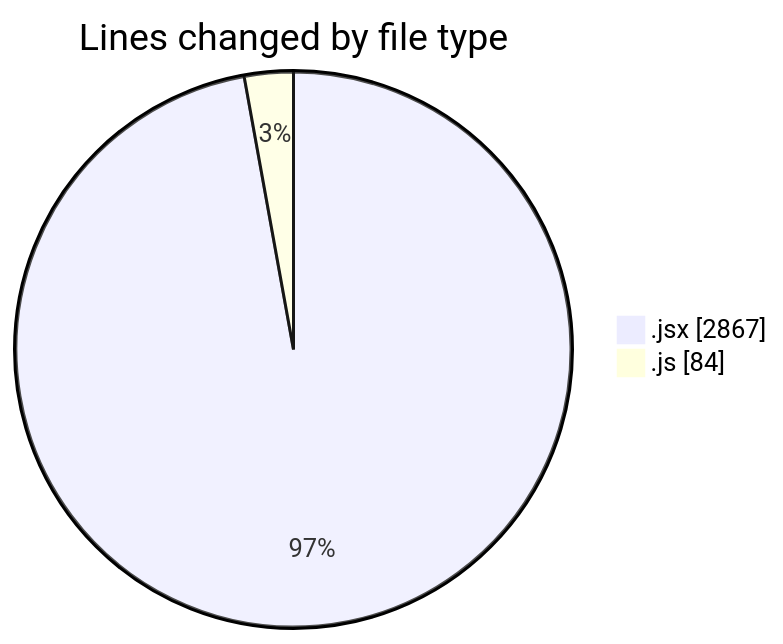
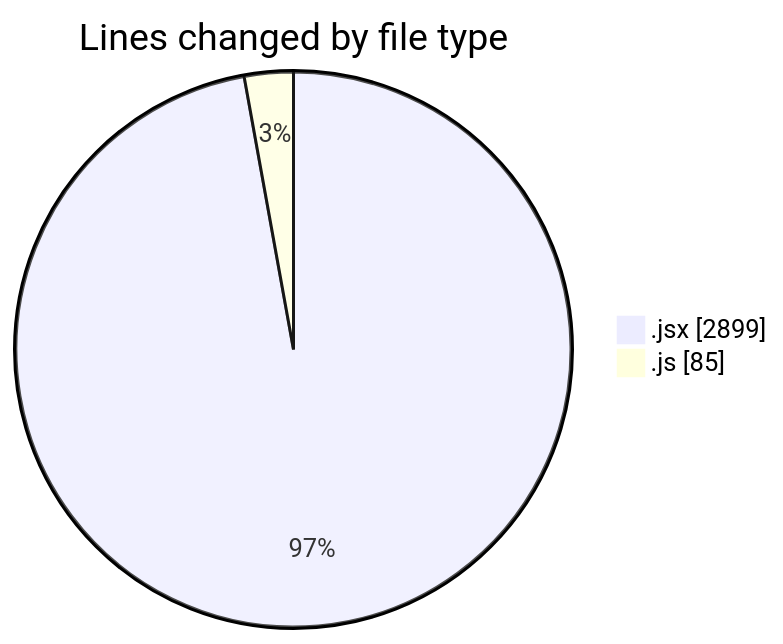
Before and after one commit to nxtqubesakshisongat/code-tracking: the first of 2 diagrams in 2025-06-21/nxtqube_webapp/README.md, drawn with Mermaid. The commit also changed other lines of this file and 1 other file, not shown here.

````diff
--- a/2025-06-21/nxtqube_webapp/README.md
+++ b/2025-06-21/nxtqube_webapp/README.md
@@ -23,6 +23,6 @@
 ```mermaid
 pie showData
 title Lines changed by file type
-".jsx" : 2867
-".js" : 84
+".jsx" : 2899
+".js" : 85
 ```
````
